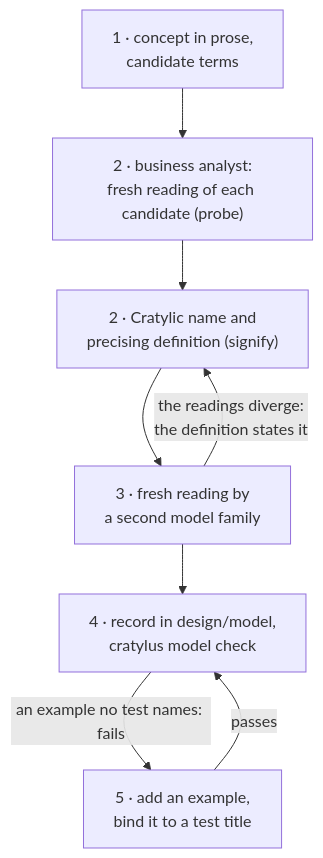
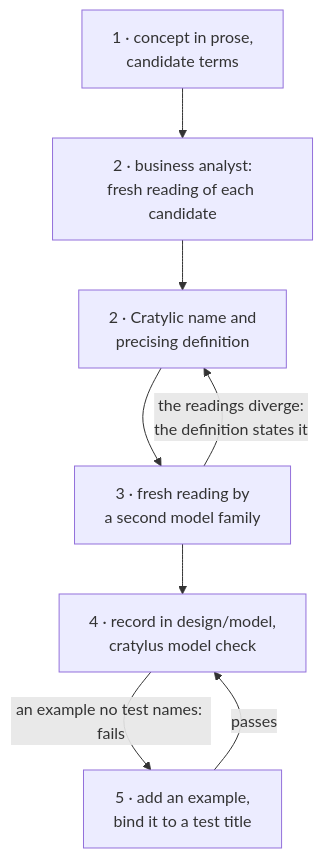
The diagram in docs/quickstart.md (leclabs/cratylus), drawn with Mermaid before and after one commit. The commit also changed other lines of this file and 9 other files, not shown here.

````diff
--- a/docs/quickstart.md
+++ b/docs/quickstart.md
@@ -9,10 +9,10 @@
 ```mermaid
 flowchart TD
-  P["1 · concept in prose,<br/>candidate terms"] --> R["2 · business analyst:<br/>fresh reading of each candidate (probe)"]
-  R --> N["2 · Cratylic name and<br/>precising definition (signify)"]
+  P["1 · concept in prose,<br/>candidate terms"] --> R["2 · business analyst:<br/>fresh reading of each candidate"]
+  R --> N["2 · Cratylic name and<br/>precising definition"]
   N --> X["3 · fresh reading by<br/>a second model family"]
   X -- "the readings diverge:<br/>the definition states it" --> N
   X --> M["4 · record in design/model,<br/>cratylus model check"]
   M -- "an example no test names: fails" --> E["5 · add an example,<br/>bind it to a test title"]
   E -- passes --> M
 ```
````
